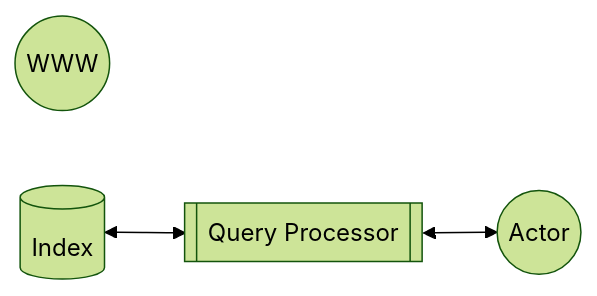
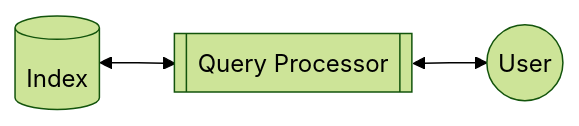
Before and after one commit to UFMG-Organizacao-de-Disciplinas/DCC831-TECC_Recuperacao_de_Informacao: the fifth of 6 diagrams in Files/Resumos/P1.md, drawn with Mermaid (forest theme). The commit also changed other lines of this file, not shown here.

````diff
--- a/Files/Resumos/P1.md
+++ b/Files/Resumos/P1.md
@@ -280,10 +280,9 @@
 ```mermaid
 graph LR
 
-  WWW((WWW))
   Index[(Index)]
   QueryProcessor[[Query Processor]]
-  Actor((Actor))
+  User((User))
 
-  Index <--> QueryProcessor <--> Actor
+  Index <--> QueryProcessor <--> User
 ```
````
